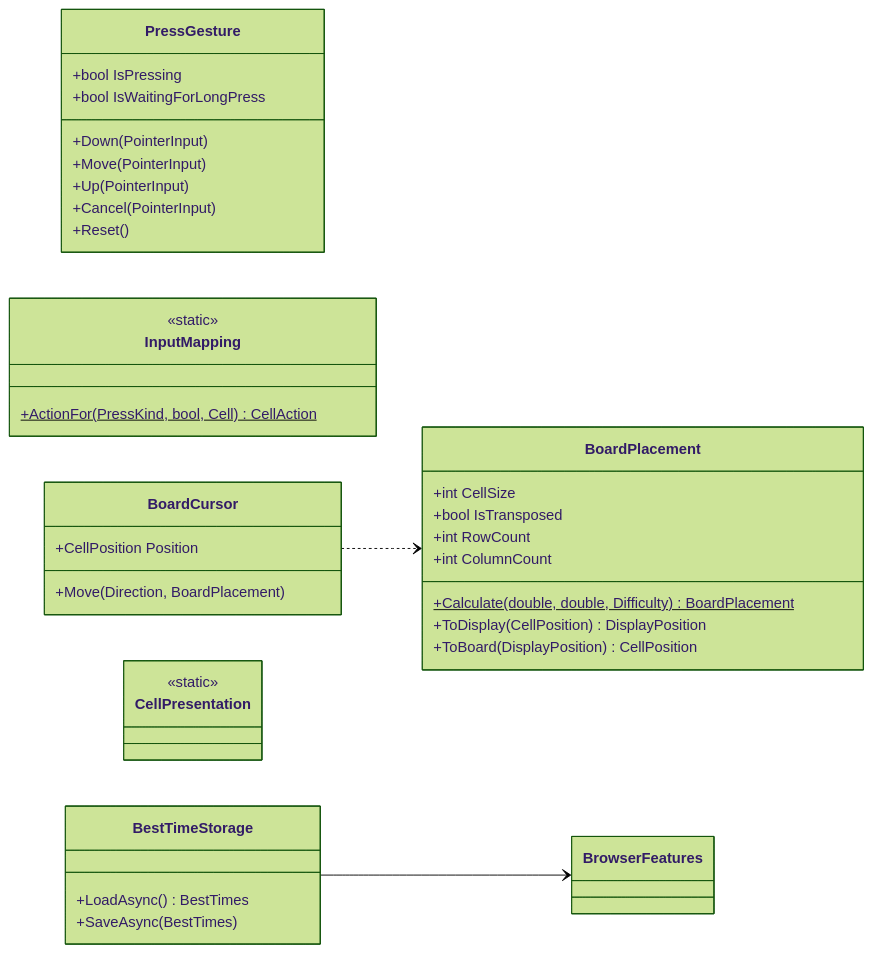
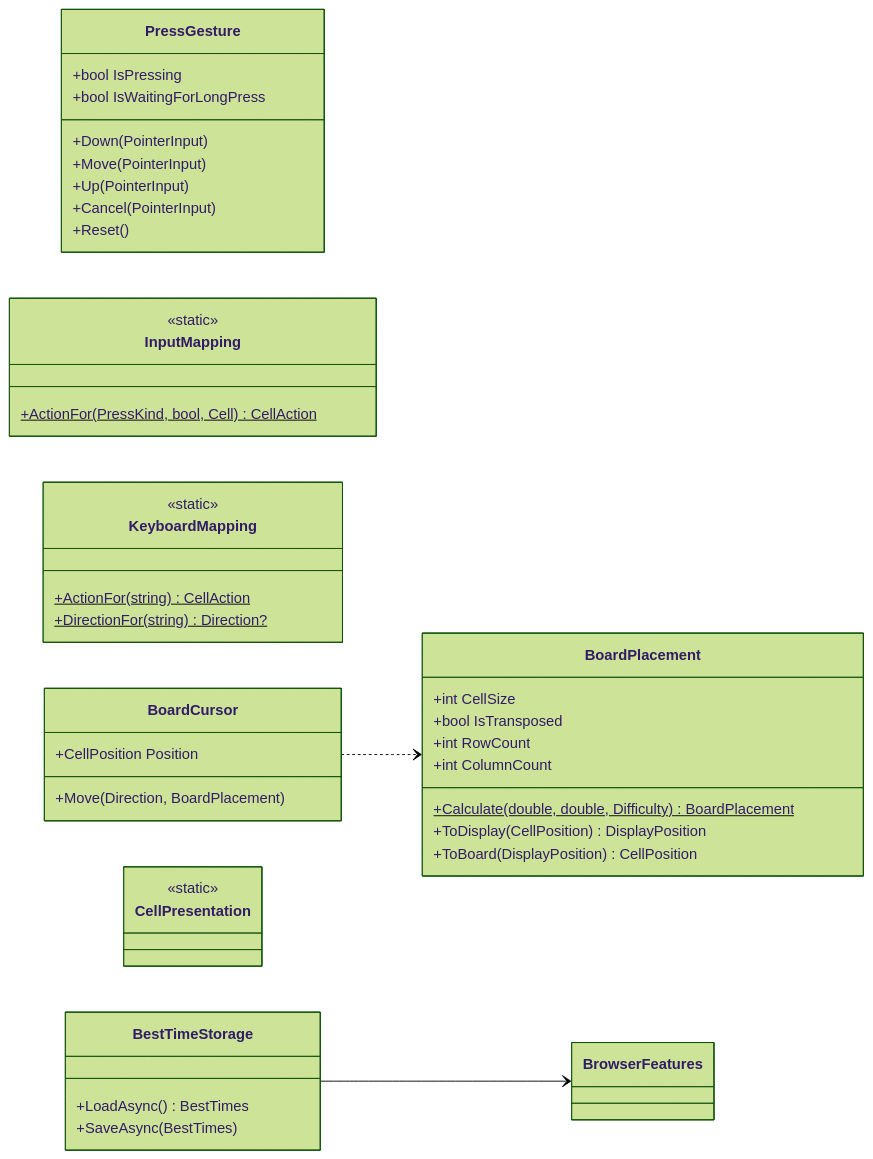
Before and after one commit to Fujiwo/Shos.Minesweeper: the second of 3 diagrams in docs/05-class-design.md, drawn with Mermaid (forest theme). The commit also changed other lines of this file and 2 other files, not shown here.

````diff
--- a/docs/05-class-design.md
+++ b/docs/05-class-design.md
@@ -388,40 +411,45 @@
 ```mermaid
 classDiagram
     direction LR
     class PressGesture {
         +bool IsPressing
         +bool IsWaitingForLongPress
         +Down(PointerInput)
         +Move(PointerInput)
         +Up(PointerInput)
         +Cancel(PointerInput)
         +Reset()
     }
     class InputMapping {
         <<static>>
         +ActionFor(PressKind, bool, Cell)$ CellAction
+    }
+    class KeyboardMapping {
+        <<static>>
+        +ActionFor(string)$ CellAction
+        +DirectionFor(string)$ Direction?
     }
     class BoardCursor {
         +CellPosition Position
         +Move(Direction, BoardPlacement)
     }
     class BoardPlacement {
         +int CellSize
         +bool IsTransposed
         +int RowCount
         +int ColumnCount
         +Calculate(double, double, Difficulty)$ BoardPlacement
         +ToDisplay(CellPosition) DisplayPosition
         +ToBoard(DisplayPosition) CellPosition
     }
     class CellPresentation {
         <<static>>
     }
     class BrowserFeatures
     class BestTimeStorage {
         +LoadAsync() BestTimes
         +SaveAsync(BestTimes)
     }
     BoardCursor ..> BoardPlacement
     BestTimeStorage --> BrowserFeatures
 ```
````
